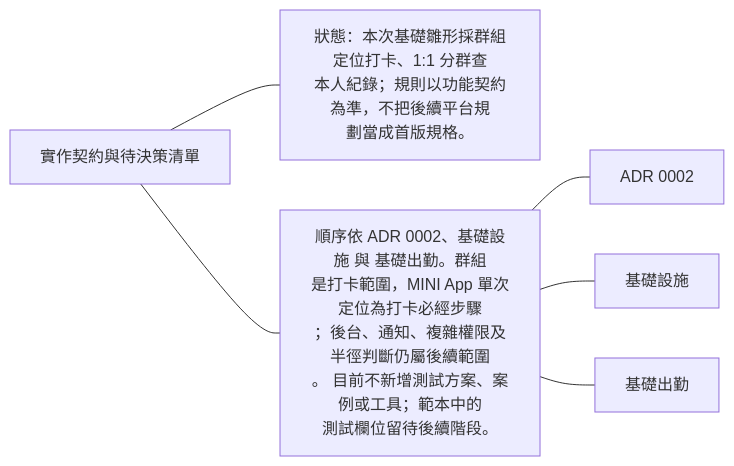
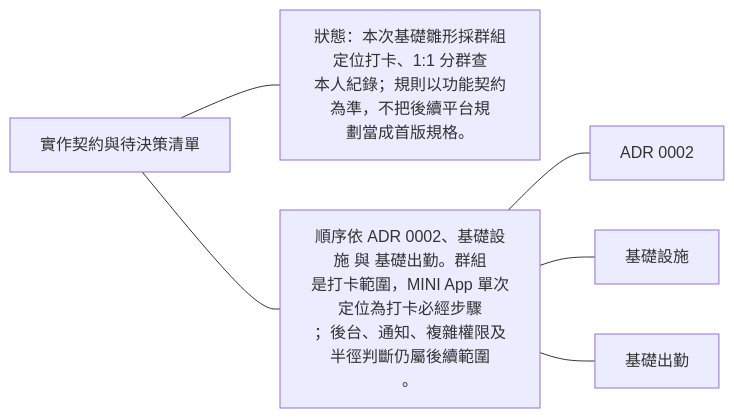
The first of 11 diagrams in docs/proposals/platform/delivery.md (963sup/line-mini-app-bot), drawn with Mermaid before and after one commit. The commit also changed other lines of this file and 15 other files, not shown here.

````diff
--- a/docs/proposals/platform/delivery.md
+++ b/docs/proposals/platform/delivery.md
@@ -5,12 +5,12 @@
 ```mermaid
 flowchart LR
   h["實作契約與待決策清單"]
   h --- n0["狀態：本次基礎雛形採群組定位打卡、1:1 分群查<br/>本人紀錄；規則以功能契約為準，不把後續平台規<br/>劃當成首版規格。"]
-  h --- n1["順序依 ADR 0002、基礎設施 與 基礎出勤。群組<br/>是打卡範圍，MINI App 單次定位為打卡必經步驟<br/>；後台、通知、複雜權限及半徑判斷仍屬後續範圍<br/>。 目前不新增測試方案、案例或工具；範本中的<br/>測試欄位留待後續階段。"]
+  h --- n1["順序依 ADR 0002、基礎設施 與 基礎出勤。群組<br/>是打卡範圍，MINI App 單次定位為打卡必經步驟<br/>；後台、通知、複雜權限及半徑判斷仍屬後續範圍<br/>。"]
   n1 --- n1l0["ADR 0002"]
   click n1l0 "../../decisions/0002-baseline.md"
   n1 --- n1l1["基礎設施"]
   click n1l1 "../../guides/local-development/environment-verification.md"
   n1 --- n1l2["基礎出勤"]
   click n1l2 "../../domains/attendance/README.md"
 ```
````
